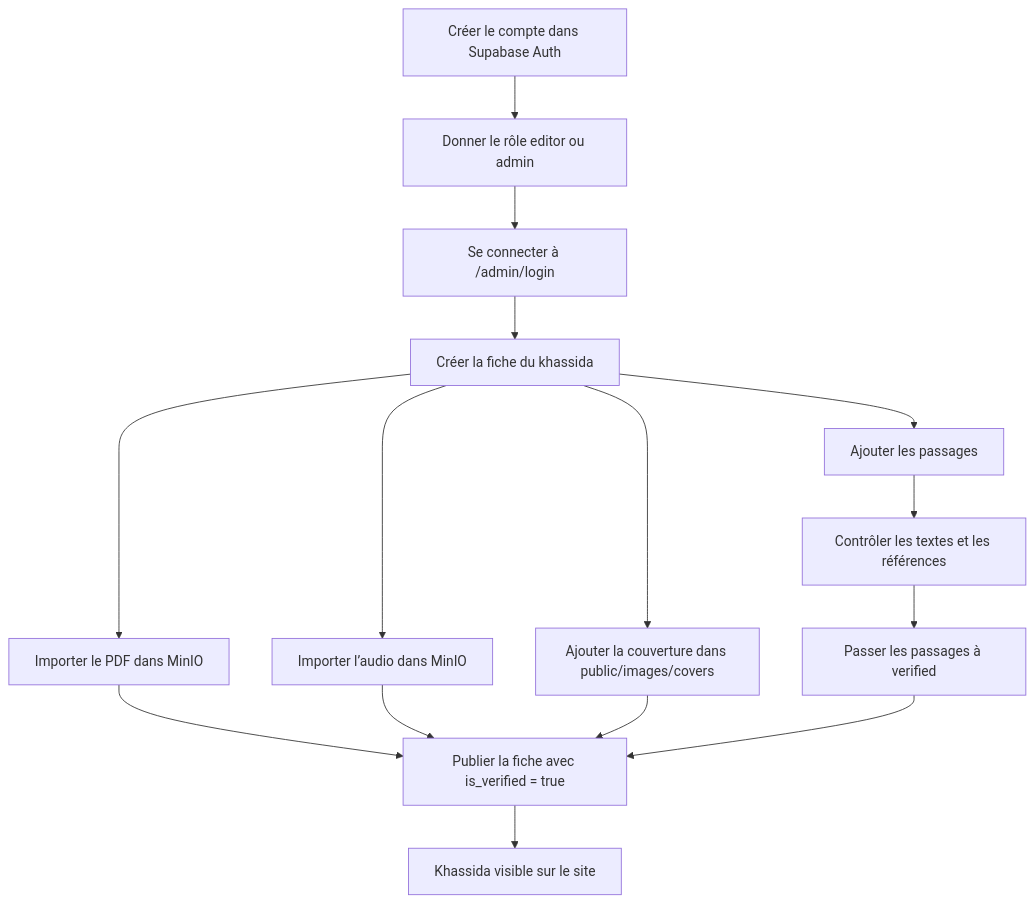
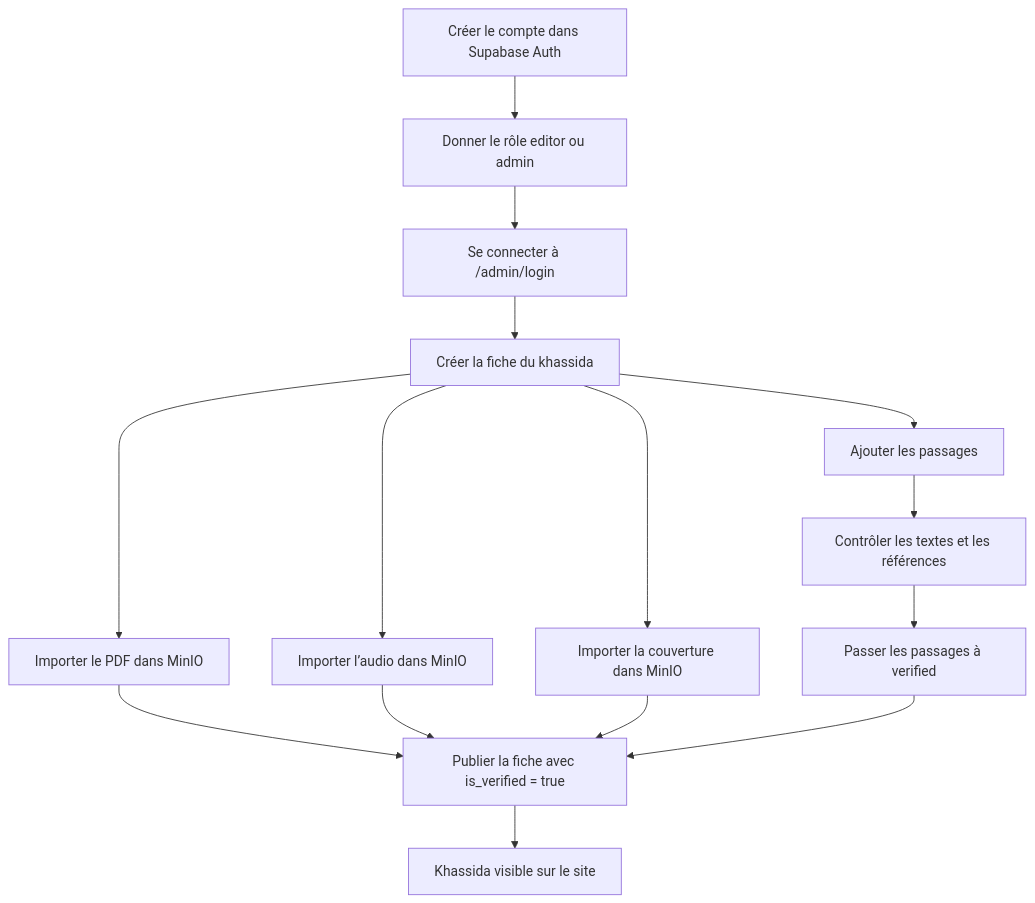
One commit to MouridLab/xassida-search changed the first of 3 diagrams in docs/AJOUTER-UN-KHASSIDA.md. Above: the diagram before and after it, drawn with Mermaid. The commit also changed other lines of this file and 26 other files, not shown here.

````diff
--- a/docs/AJOUTER-UN-KHASSIDA.md
+++ b/docs/AJOUTER-UN-KHASSIDA.md
@@ -7,17 +7,17 @@
 ```mermaid
 flowchart TD
     A[Créer le compte dans Supabase Auth] --> B[Donner le rôle editor ou admin]
     B --> C[Se connecter à /admin/login]
     C --> D[Créer la fiche du khassida]
     D --> E[Importer le PDF dans MinIO]
     D --> F[Importer l’audio dans MinIO]
-    D --> G[Ajouter la couverture dans public/images/covers]
+    D --> G[Importer la couverture dans MinIO]
     D --> H[Ajouter les passages]
     H --> I[Contrôler les textes et les références]
     I --> J[Passer les passages à verified]
     E --> K[Publier la fiche avec is_verified = true]
     F --> K
     G --> K
     J --> K
     K --> L[Khassida visible sur le site]
 ```
````
